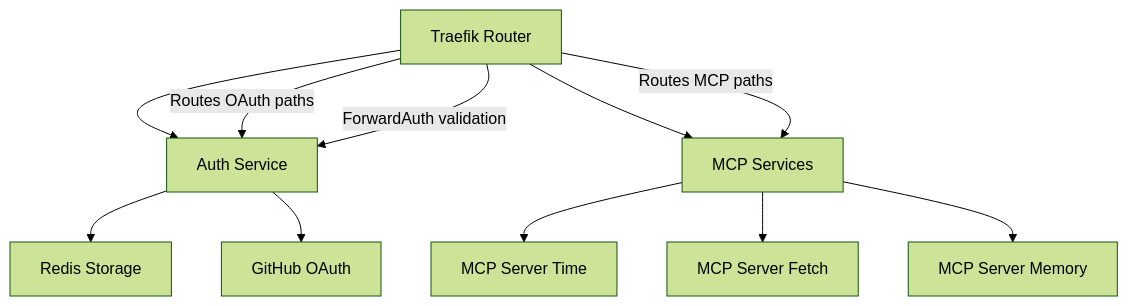
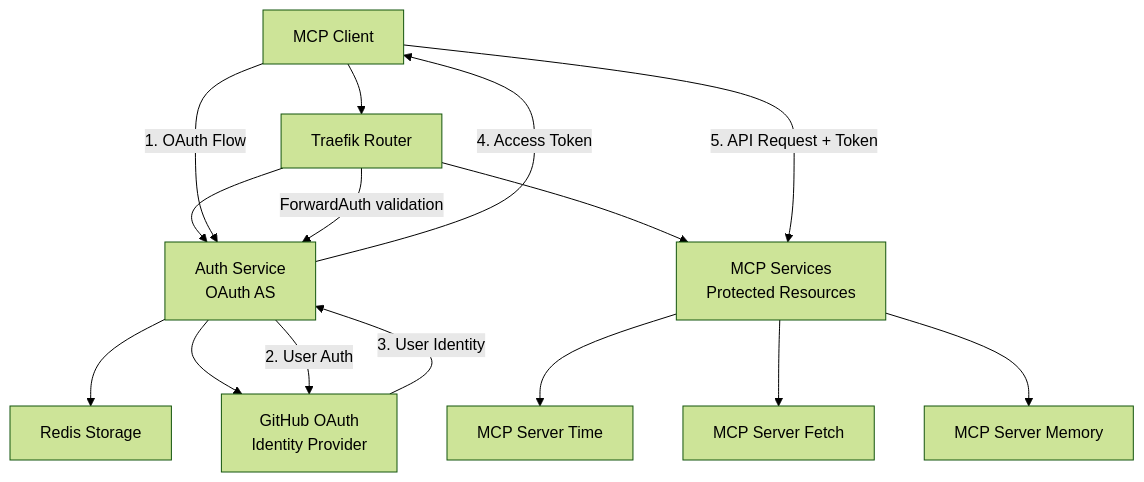
Before and after one commit to atrawog/mcp-oauth-gateway: the first of 2 diagrams in docs/architecture/overview.md, drawn with Mermaid (forest theme). The commit also changed other lines of this file and 9 other files, not shown here.

First line of the commit message:
Enhance Documentation and Architecture Clarity for MCP OAuth Gateway

````diff
--- a/docs/architecture/overview.md
+++ b/docs/architecture/overview.md
@@ -9,14 +53,18 @@
 ```{mermaid}
 graph TD
-    A[Traefik Router] --> B[Auth Service]
-    A --> C[MCP Services]
-    B --> D[Redis Storage]
-    B --> E[GitHub OAuth]
-    C --> F[MCP Server Time]
-    C --> G[MCP Server Fetch]
-    C --> H[MCP Server Memory]
+    A[MCP Client] --> B[Traefik Router]
+    B --> C[Auth Service<br/>OAuth AS]
+    B --> D[MCP Services<br/>Protected Resources]
+    C --> E[Redis Storage]
+    C --> F[GitHub OAuth<br/>Identity Provider]
+    D --> G[MCP Server Time]
+    D --> H[MCP Server Fetch]
+    D --> I[MCP Server Memory]
     
-    A -- "Routes OAuth paths" --> B
-    A -- "Routes MCP paths" --> C
-    A -- "ForwardAuth validation" --> B
+    A -- "1. OAuth Flow" --> C
+    C -- "2. User Auth" --> F
+    F -- "3. User Identity" --> C
+    C -- "4. Access Token" --> A
+    A -- "5. API Request + Token" --> D
+    B -- "ForwardAuth validation" --> C
 ```
````
